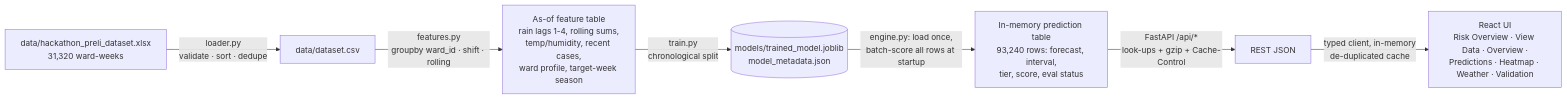
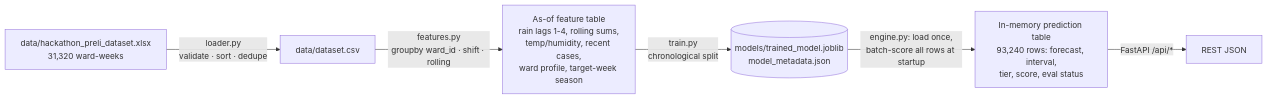
Before and after one commit to ByteStudiosBD/AI-for-Urban-Dengue-Outbreak: the second of 3 diagrams in ARCHITECTURE.md, drawn with Mermaid. The commit also changed other lines of this file, not shown here.

Commit message:
Update ARCHITECTURE.md with sign-in flow, frontend, caching, deployment and tests

````diff
--- a/ARCHITECTURE.md
+++ b/ARCHITECTURE.md
@@ -7,9 +58,8 @@
 ```mermaid
 flowchart LR
   X[data/hackathon_preli_dataset.xlsx<br/>31,320 ward-weeks] -->|loader.py<br/>validate · sort · dedupe| CSV[data/dataset.csv]
   CSV -->|features.py<br/>groupby ward_id · shift · rolling| F[As-of feature table<br/>rain lags 1-4, rolling sums,<br/>temp/humidity, recent cases,<br/>ward profile, target-week season]
   F -->|train.py<br/>chronological split| M[(models/trained_model.joblib<br/>model_metadata.json)]
   M -->|engine.py: load once,<br/>batch-score all rows at startup| T[In-memory prediction table<br/>93,240 rows: forecast, interval,<br/>tier, score, eval status]
-  T -->|FastAPI /api/*<br/>look-ups + gzip + Cache-Control| API[REST JSON]
-  API -->|typed client, in-memory<br/>de-duplicated cache| UI[React UI<br/>Risk Overview · View Data · Overview ·<br/>Predictions · Heatmap · Weather · Validation]
+  T -->|FastAPI /api/*| API[REST JSON]
 ```
````
